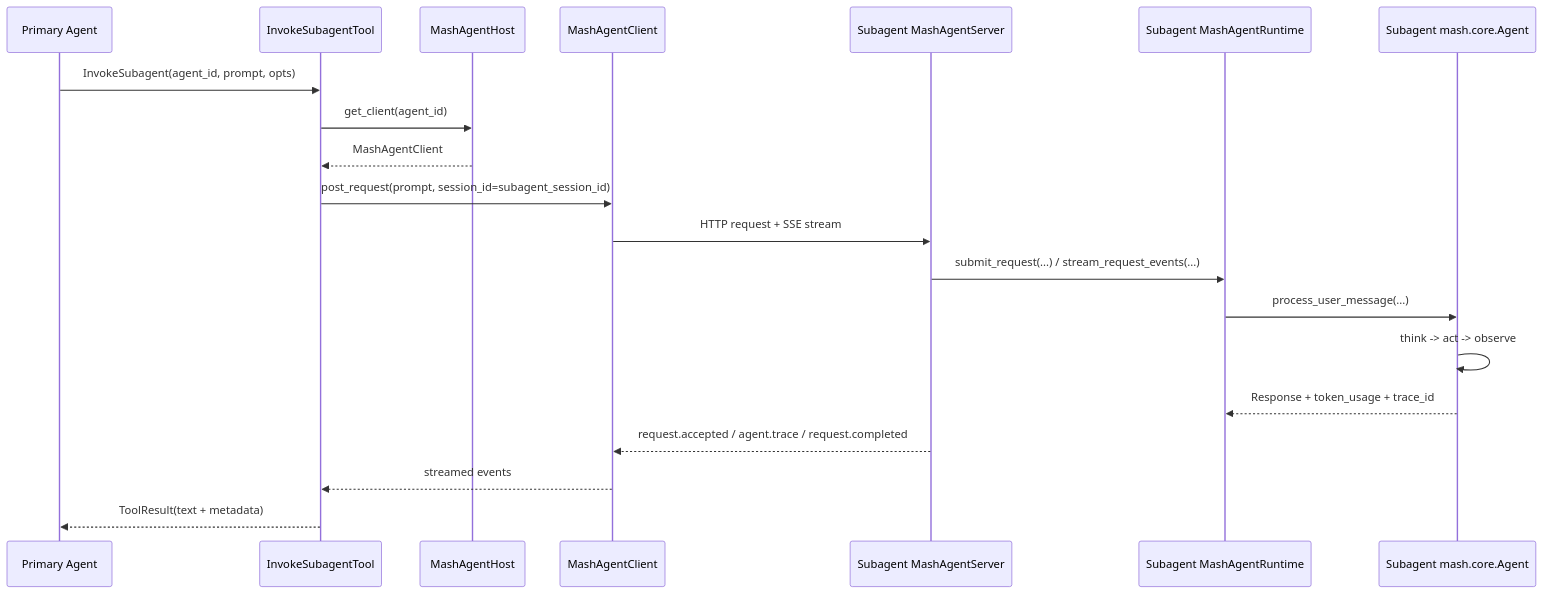
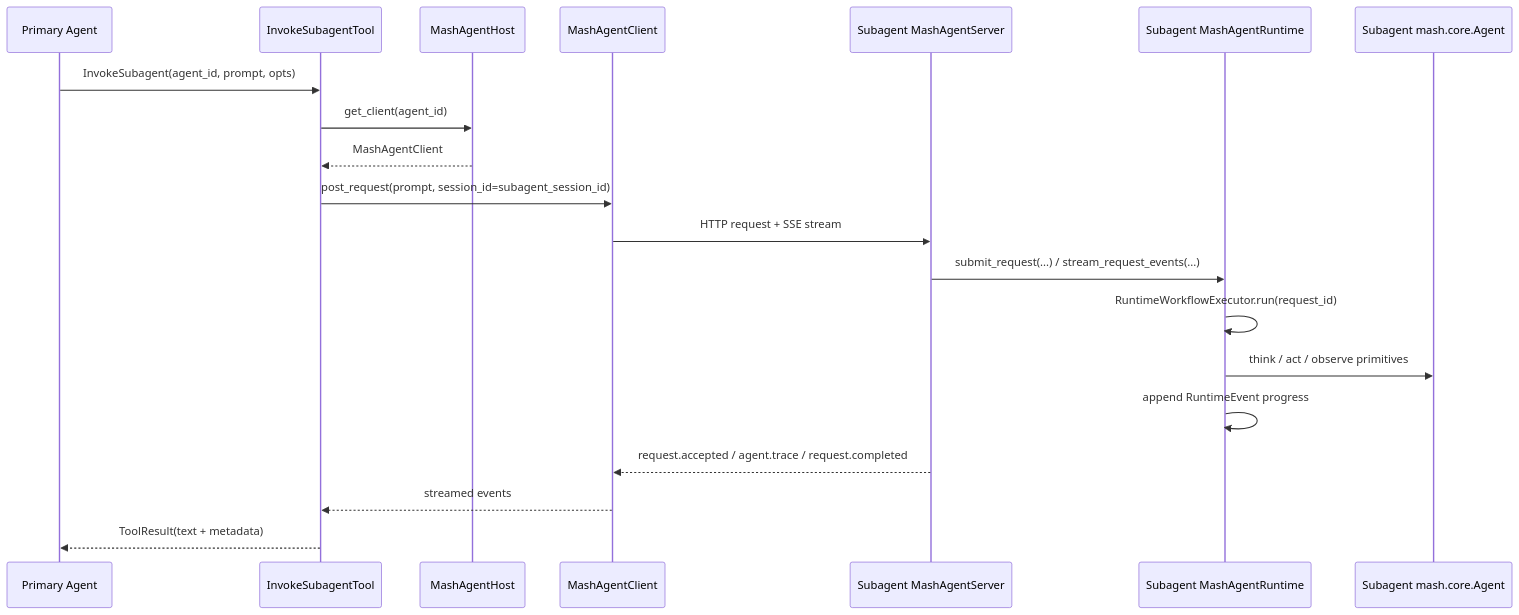
Before and after one commit to imsid/mashpy: the third of 3 diagrams in README.md, drawn with Mermaid. The commit also changed other lines of this file and 22 other files, not shown here.

````diff
--- a/README.md
+++ b/README.md
@@ -206,23 +218,23 @@
 ```mermaid
 sequenceDiagram
     participant Primary as Primary Agent
     participant Tool as InvokeSubagentTool
     participant Host as MashAgentHost
     participant Client as MashAgentClient
     participant Server as Subagent MashAgentServer
     participant Runtime as Subagent MashAgentRuntime
     participant Subagent as Subagent mash.core.Agent
 
     Primary->>Tool: InvokeSubagent(agent_id, prompt, opts)
     Tool->>Host: get_client(agent_id)
     Host-->>Tool: MashAgentClient
     Tool->>Client: post_request(prompt, session_id=subagent_session_id)
     Client->>Server: HTTP request + SSE stream
     Server->>Runtime: submit_request(...) / stream_request_events(...)
-    Runtime->>Subagent: process_user_message(...)
-    Subagent->>Subagent: think -> act -> observe
-    Subagent-->>Runtime: Response + token_usage + trace_id
+    Runtime->>Runtime: RuntimeWorkflowExecutor.run(request_id)
+    Runtime->>Subagent: think / act / observe primitives
+    Runtime->>Runtime: append RuntimeEvent progress
     Server-->>Client: request.accepted / agent.trace / request.completed
     Client-->>Tool: streamed events
     Tool-->>Primary: ToolResult(text + metadata)
 ```
````
